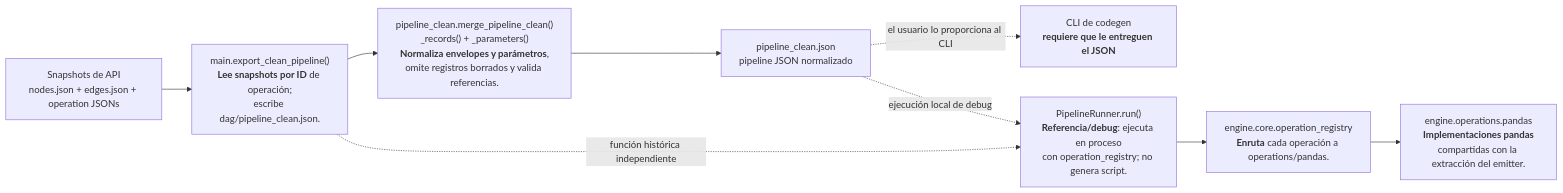
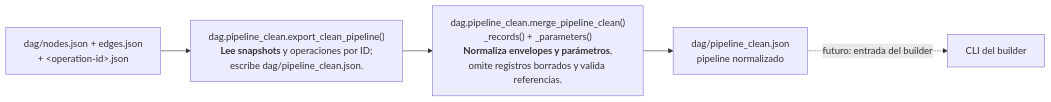
Before and after one commit to FabiusC/mini-engine: the second of 3 diagrams in docs/CODEGEN_COMPONENTS.md, drawn with Mermaid. The commit also changed other lines of this file and 119 other files, not shown here.

````diff
--- a/docs/CODEGEN_COMPONENTS.md
+++ b/docs/CODEGEN_COMPONENTS.md
@@ -112,18 +113,11 @@
 ```mermaid
 flowchart LR
-    SNAPSHOTS["Snapshots de API<br/>nodes.json + edges.json + operation JSONs"]
-    EXPORT["main.export_clean_pipeline()<br/><b>Lee snapshots por ID</b> de operación;<br/>escribe dag/pipeline_clean.json."]
-    MERGE["pipeline_clean.merge_pipeline_clean()<br/>_records() + _parameters()<br/><b>Normaliza envelopes y parámetros</b>,<br/>omite registros borrados y valida referencias."]
-    CLEAN["pipeline_clean.json<br/>pipeline JSON normalizado"]
-    CLI["CLI de codegen<br/><b>requiere que le entreguen el JSON</b>"]
-    RUNNER["PipelineRunner.run()<br/><b>Referencia/debug</b>: ejecuta en proceso<br/>con operation_registry; no genera script."]
-    REGISTRY["engine.core.operation_registry<br/><b>Enruta</b> cada operación a operations/pandas."]
-    PANDAS_OPS["engine.operations.pandas<br/><b>Implementaciones pandas</b><br/>compartidas con la extracción del emitter."]
+    SNAPSHOTS["dag/nodes.json + edges.json<br/>+ &lt;operation-id&gt;.json"]
+    EXPORT["dag.pipeline_clean.export_clean_pipeline()<br/><b>Lee snapshots</b> y operaciones por ID;<br/>escribe dag/pipeline_clean.json."]
+    MERGE["dag.pipeline_clean.merge_pipeline_clean()<br/>_records() + _parameters()<br/><b>Normaliza envelopes y parámetros</b>,<br/>omite registros borrados y valida referencias."]
+    CLEAN["dag/pipeline_clean.json<br/>pipeline normalizado"]
+    CLI["CLI del builder"]
 
-    SNAPSHOTS --> EXPORT
-    EXPORT --> MERGE --> CLEAN
-    CLEAN -.->|"el usuario lo proporciona al CLI"| CLI
-    CLEAN -.->|"ejecución local de debug"| RUNNER
-    EXPORT -.->|"función histórica independiente"| RUNNER
-    RUNNER --> REGISTRY --> PANDAS_OPS
+    SNAPSHOTS --> EXPORT --> MERGE --> CLEAN
+    CLEAN -.->|"futuro: entrada del builder"| CLI
 ```
````
